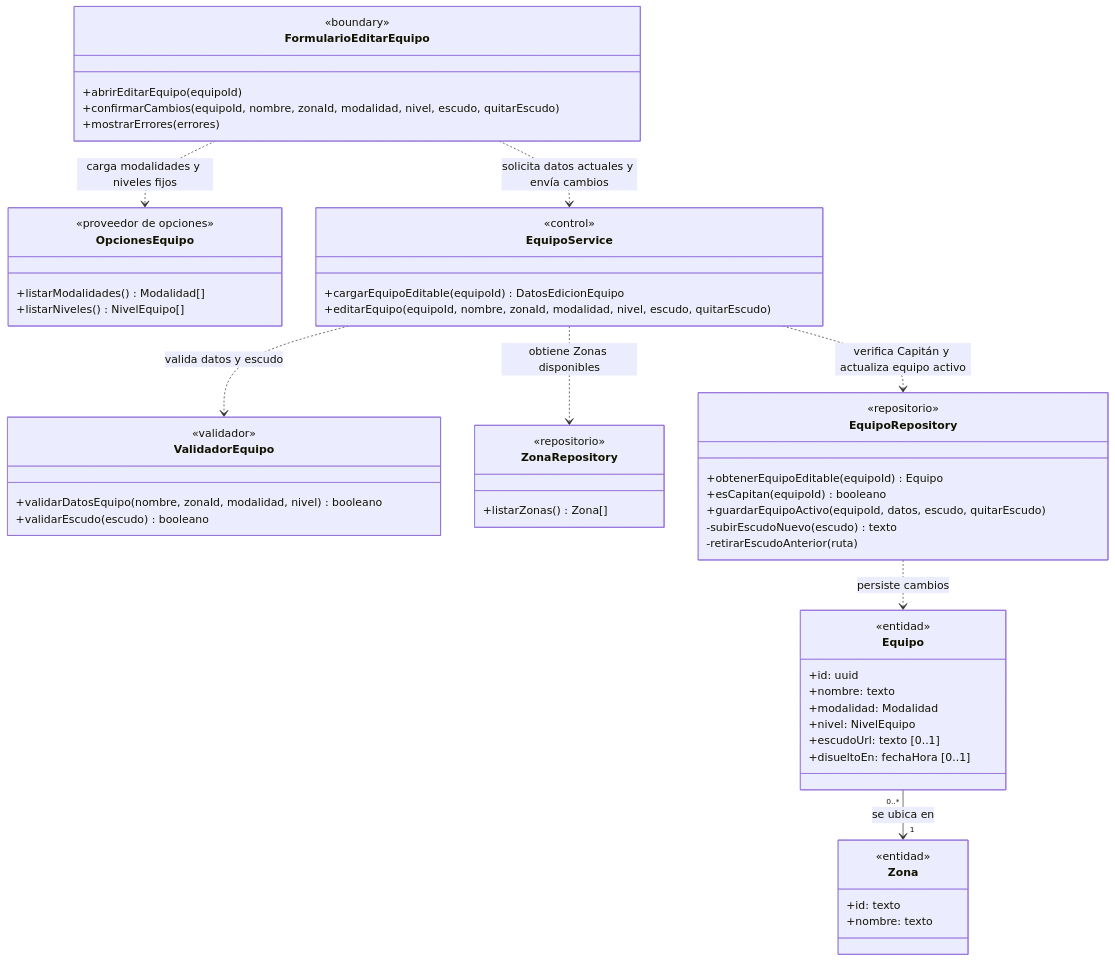
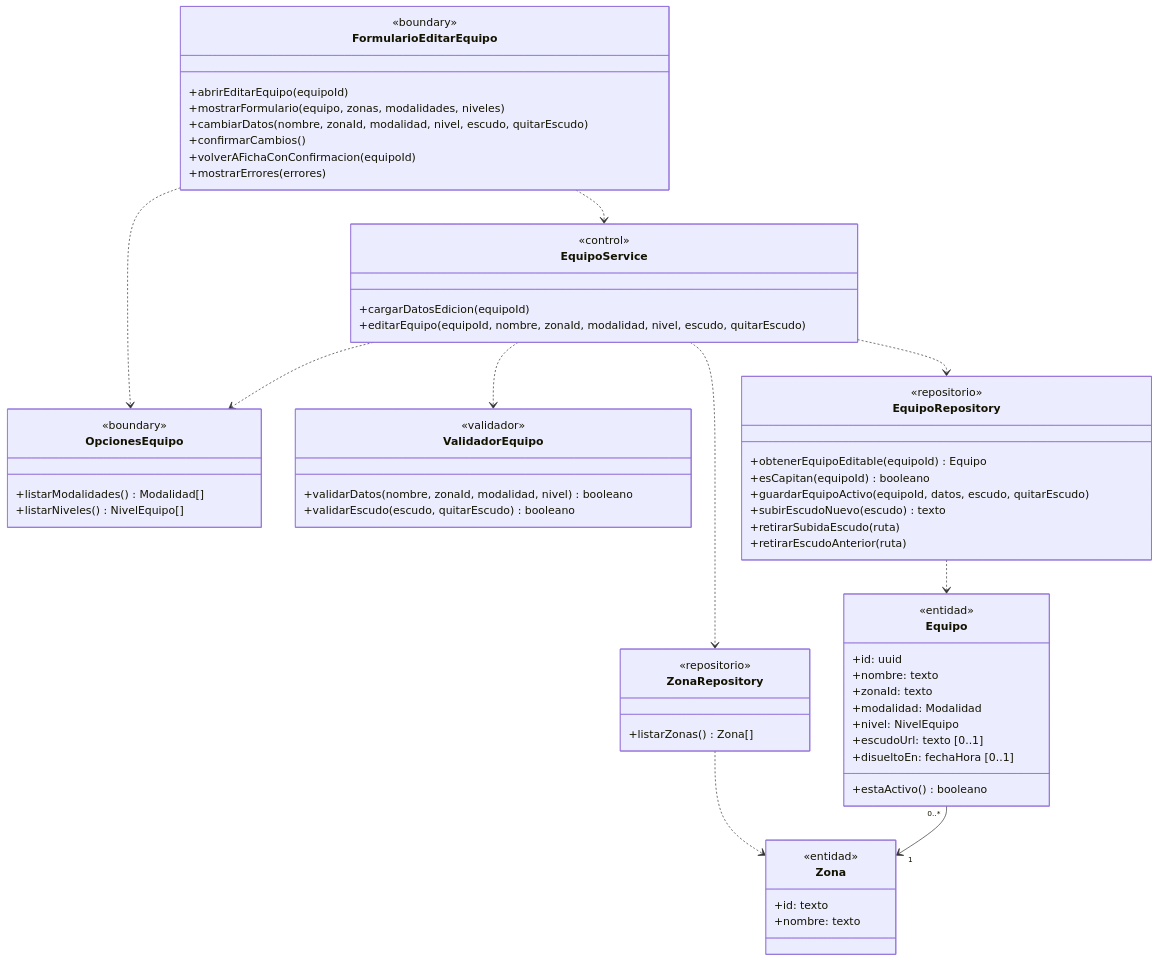
One commit to nicqletal/torneos-scraper changed the sixth of 11 diagrams in docs/diagramas-de-clase/equipos.md. Above: the diagram before and after it, drawn with Mermaid. The commit also changed other lines of this file and 13 other files, not shown here.

````diff
--- a/docs/diagramas-de-clase/equipos.md
+++ b/docs/diagramas-de-clase/equipos.md
@@ -404,58 +468,65 @@
 ```mermaid
 classDiagram
-direction TB
 class FormularioEditarEquipo {
   <<boundary>>
   +abrirEditarEquipo(equipoId)
-  +confirmarCambios(equipoId, nombre, zonaId, modalidad, nivel, escudo, quitarEscudo)
+  +mostrarFormulario(equipo, zonas, modalidades, niveles)
+  +cambiarDatos(nombre, zonaId, modalidad, nivel, escudo, quitarEscudo)
+  +confirmarCambios()
+  +volverAFichaConConfirmacion(equipoId)
   +mostrarErrores(errores)
 }
 class OpcionesEquipo {
-  <<proveedor de opciones>>
+  <<boundary>>
   +listarModalidades() Modalidad[]
   +listarNiveles() NivelEquipo[]
 }
 class EquipoService {
   <<control>>
-  +cargarEquipoEditable(equipoId) DatosEdicionEquipo
+  +cargarDatosEdicion(equipoId)
   +editarEquipo(equipoId, nombre, zonaId, modalidad, nivel, escudo, quitarEscudo)
 }
 class ValidadorEquipo {
   <<validador>>
-  +validarDatosEquipo(nombre, zonaId, modalidad, nivel) booleano
-  +validarEscudo(escudo) booleano
+  +validarDatos(nombre, zonaId, modalidad, nivel) booleano
+  +validarEscudo(escudo, quitarEscudo) booleano
 }
 class ZonaRepository {
   <<repositorio>>
   +listarZonas() Zona[]
 }
 class EquipoRepository {
   <<repositorio>>
   +obtenerEquipoEditable(equipoId) Equipo
   +esCapitan(equipoId) booleano
   +guardarEquipoActivo(equipoId, datos, escudo, quitarEscudo)
-  -subirEscudoNuevo(escudo) texto
-  -retirarEscudoAnterior(ruta)
+  +subirEscudoNuevo(escudo) texto
+  +retirarSubidaEscudo(ruta)
+  +retirarEscudoAnterior(ruta)
 }
 class Equipo {
   <<entidad>>
   +id: uuid
   +nombre: texto
+  +zonaId: texto
   +modalidad: Modalidad
   +nivel: NivelEquipo
   +escudoUrl: texto [0..1]
   +disueltoEn: fechaHora [0..1]
+  +estaActivo() booleano
 }
 class Zona {
   <<entidad>>
   +id: texto
   +nombre: texto
 }
-FormularioEditarEquipo ..> OpcionesEquipo : carga modalidades y niveles fijos
-FormularioEditarEquipo ..> EquipoService : solicita datos actuales y envía cambios
-EquipoService ..> ZonaRepository : obtiene Zonas disponibles
-EquipoService ..> ValidadorEquipo : valida datos y escudo
-EquipoService ..> EquipoRepository : verifica Capitán y actualiza equipo activo
-EquipoRepository ..> Equipo : persiste cambios
-Equipo "0..*" --> "1" Zona : se ubica en
+FormularioEditarEquipo ..> OpcionesEquipo
+FormularioEditarEquipo ..> EquipoService
+EquipoService ..> OpcionesEquipo
+EquipoService ..> ZonaRepository
+EquipoService ..> ValidadorEquipo
+EquipoService ..> EquipoRepository
+EquipoRepository ..> Equipo
+ZonaRepository ..> Zona
+Equipo "0..*" --> "1" Zona
 ```
````
